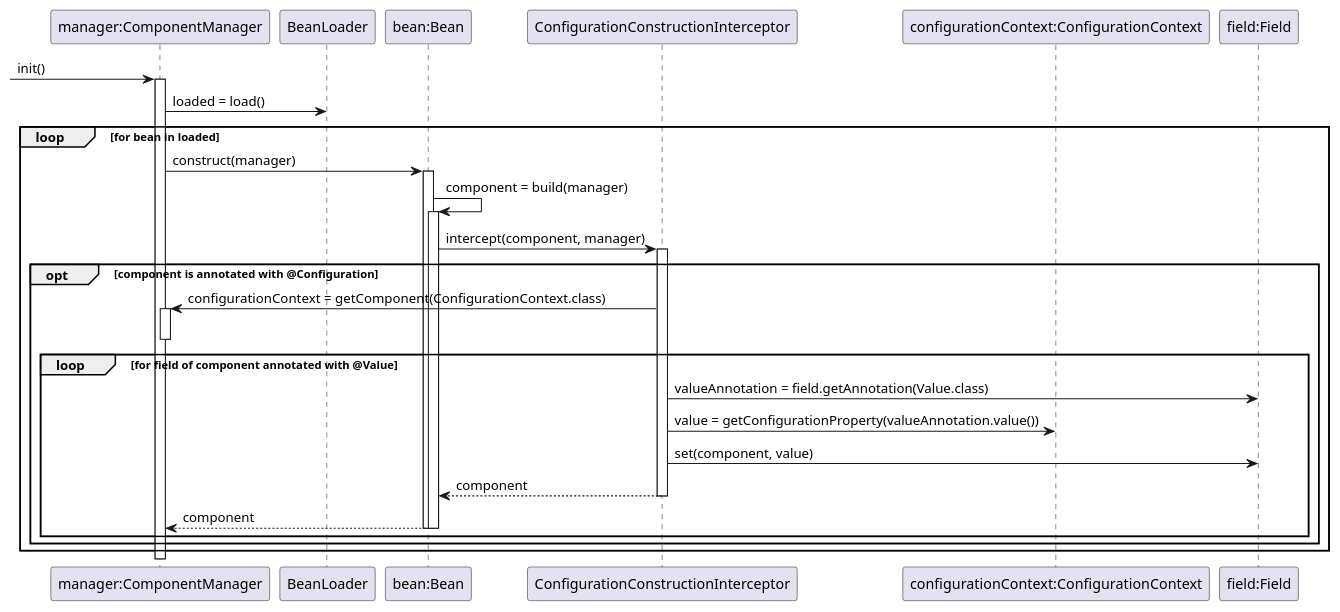
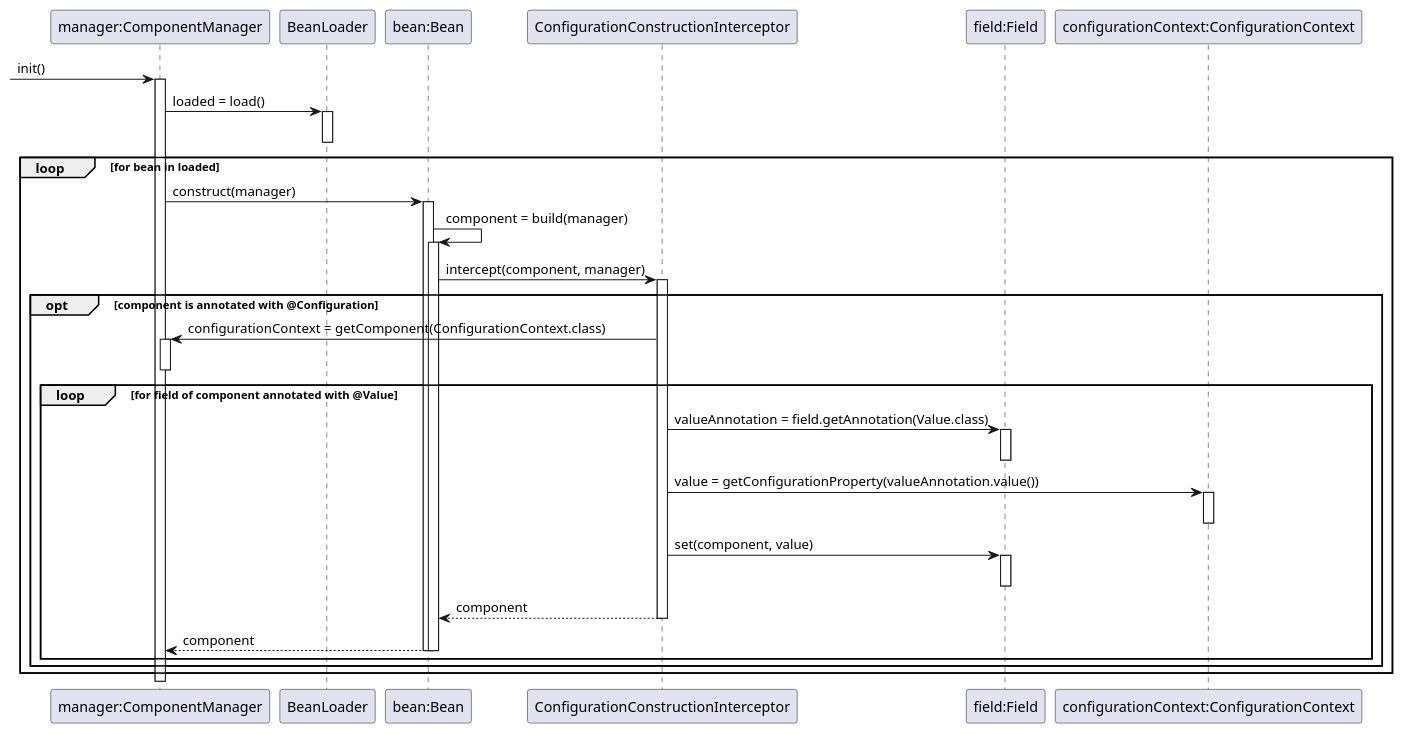
One commit to SWEN900072021/2Pizzas changed the diagram in docs/diagrams/patterns/externalised-configuration.puml. Above: the diagram before and after it, drawn with PlantUML. The commit also changed 3 other files, not shown here.

```diff
--- a/docs/diagrams/patterns/externalised-configuration.puml
+++ b/docs/diagrams/patterns/externalised-configuration.puml
@@ -1,37 +1,46 @@
 @startuml extenalized configuration
 
 participant compMan as "manager:ComponentManager"
 participant BeanLoader as loader
 participant bean as "bean:Bean"
 participant ConfigurationConstructionInterceptor as configInter
+participant field as "field:Field"
 participant "configurationContext:ConfigurationContext" as configCtx
-participant field as "field:Field"
+
 
 [-> compMan: init()
 activate compMan
 compMan -> loader: loaded = load()
+activate loader
+deactivate loader
 loop for bean in loaded
   compMan -> bean: construct(manager)
   activate bean
   bean -> bean: component = build(manager)
   activate bean
   bean -> configInter: intercept(component, manager)
   activate configInter
   opt component is annotated with @Configuration
     configInter -> compMan: configurationContext = getComponent(ConfigurationContext.class)
     activate compMan
     deactivate compMan
     loop for field of component annotated with @Value
       configInter -> field: valueAnnotation = field.getAnnotation(Value.class)
+      activate field
+      deactivate field
       configInter -> configCtx: value = getConfigurationProperty(valueAnnotation.value())
+      activate configCtx
+      deactivate configCtx
       configInter -> field: set(component, value)
+      activate field
+      deactivate field
       configInter --> bean: component
       deactivate configInter
       bean --> compMan: component
       deactivate bean
       deactivate bean
     end
   end
 end
 
 @enduml
```
